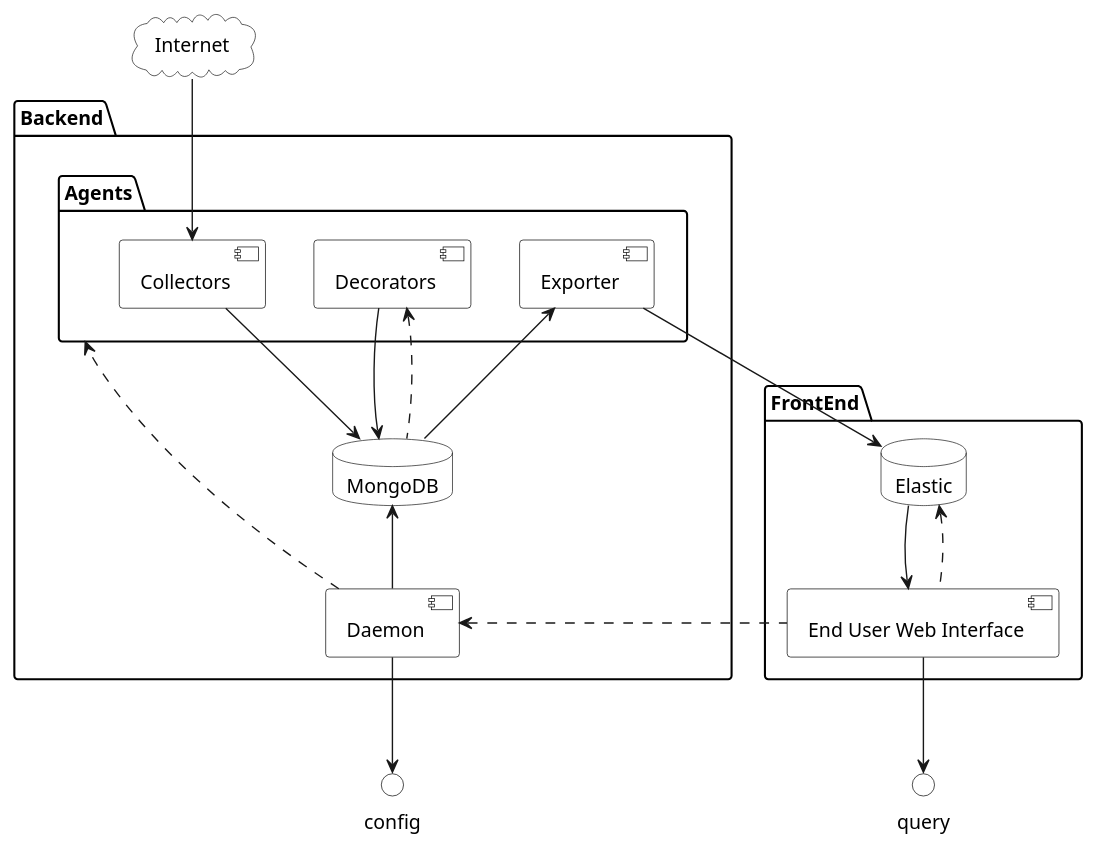
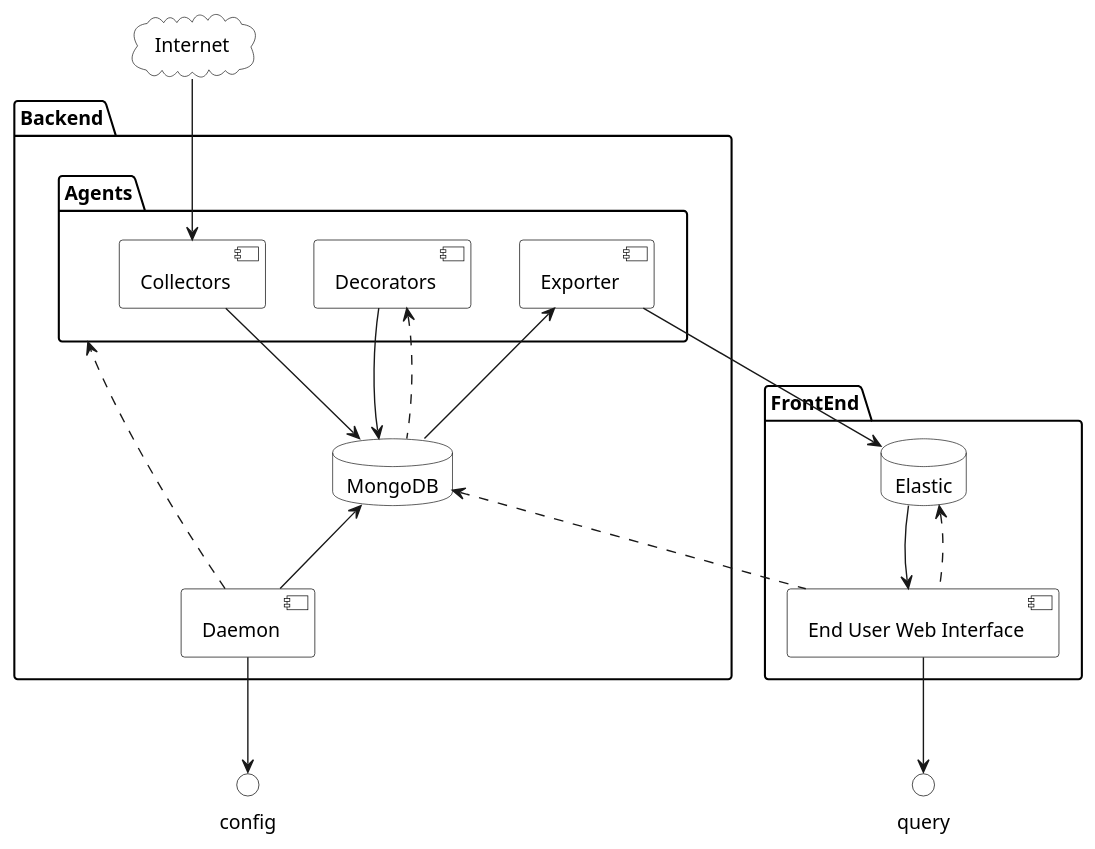
Before and after one commit to 8000ff/Fouille: the diagram in doc/simpleComponent.puml, drawn with PlantUML.

Commit message:
euwi advertises directly into mongo backend

```diff
--- a/doc/simpleComponent.puml
+++ b/doc/simpleComponent.puml
@@ -1,59 +1,59 @@
 @startuml
     cloud "Internet" as internet
     package Backend {
         package "Agents" as agents {
             component "Decorators" as decorator
             component "Collectors" as collector
             component "Exporter" as exporter
         }
         database "MongoDB" as mongo
         component "Daemon" as daemon
     }
     package FrontEnd {
         database "Elastic" as elastic
         component "End User Web Interface" as euwi
     }
     
     collector --> mongo
     internet --> collector
     
     decorator --> mongo
     decorator <.. mongo
 
     daemon -up-> mongo
 
     mongo --> exporter
     exporter --> elastic
 
     elastic -down-> euwi
     euwi .up.> elastic
 
     daemon ..> agents
 
-    euwi .left.> daemon
+    euwi .left.> mongo
 
     daemon --> config
     euwi --> query
 
     skinparam component{
         backgroundColor White
         borderColor Black
     }
     skinparam database{
         backgroundColor White
     }
     skinparam cloud{ 
         backgroundColor White
     }
     skinparam { 
         backgroundColor White
         borderColor Black
         ArrowColor #000000
     }
 
     skinparam Interface{
         backgroundColor White
         borderColor Black
     }
 
 @enduml
```
